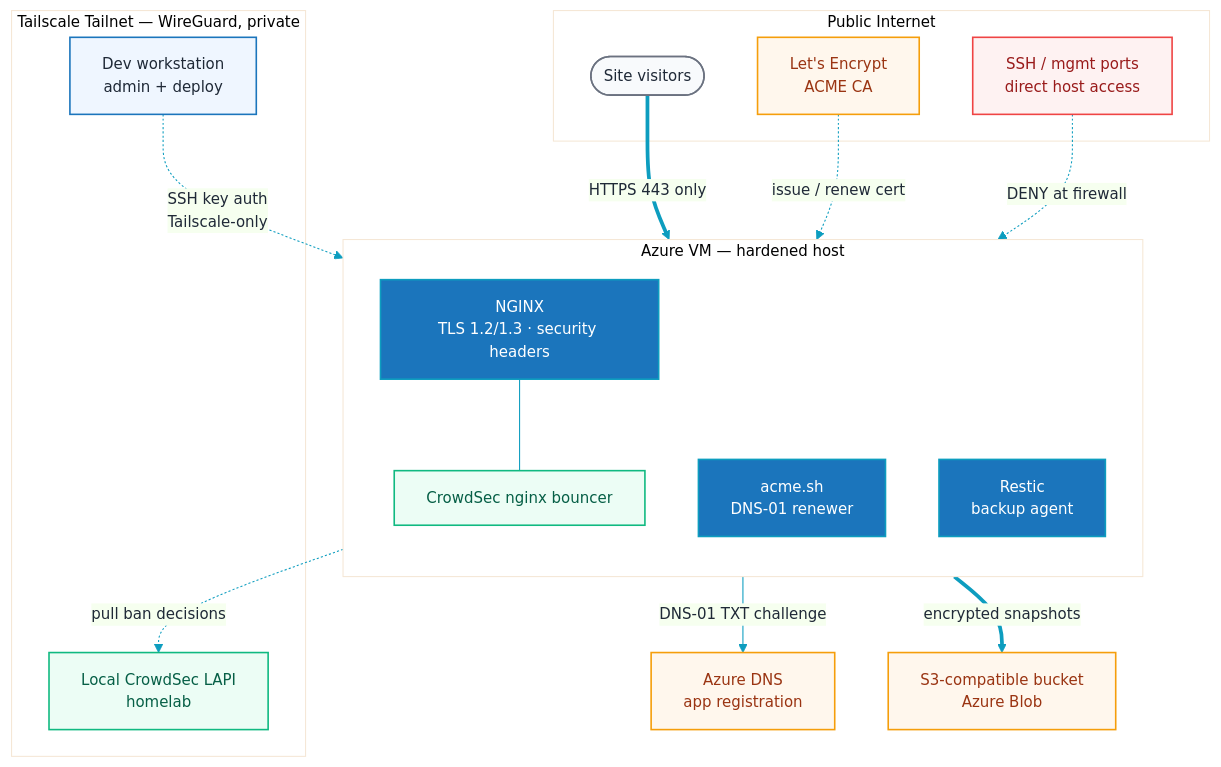
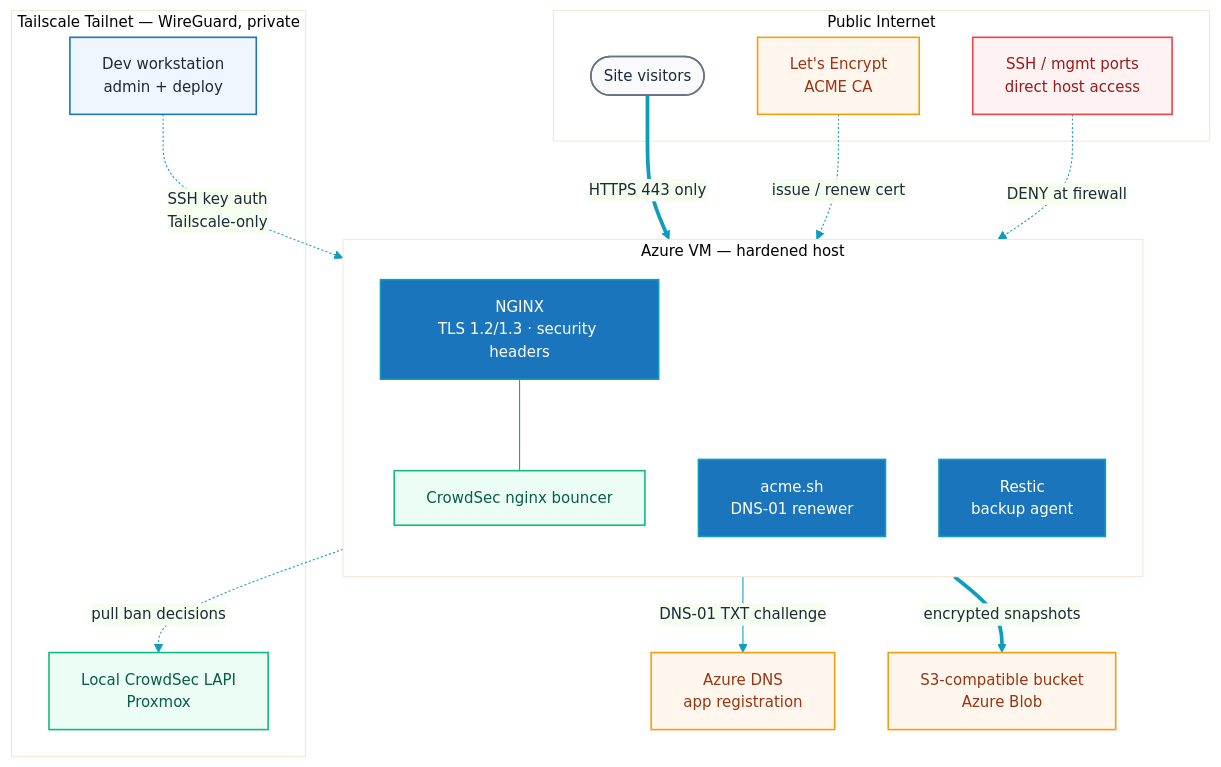
One commit to CK-Technology/resolvetech.biz changed the first of 4 diagrams in docs/security.md. Above: the diagram before and after it, drawn with Mermaid. The commit also changed other lines of this file and 1 other file, not shown here.

````diff
--- a/docs/security.md
+++ b/docs/security.md
@@ -9,41 +9,41 @@
 ```mermaid
 %%{init: {'theme':'base','themeVariables':{'fontFamily':'Inter, system-ui, sans-serif','primaryColor':'#EFF6FF','primaryBorderColor':'#1B75BC','primaryTextColor':'#1F2937','lineColor':'#0D9DBF','fontSize':'14px'}}}%%
 flowchart TB
     subgraph PUBLIC["Public Internet"]
         USER(["Site visitors"]):::public
         LE["Let's Encrypt<br/>ACME CA"]:::external
         OTHER["SSH / mgmt ports<br/>direct host access"]:::deny
     end
 
     subgraph TAILNET["Tailscale Tailnet — WireGuard, private"]
         ADMIN["Dev workstation<br/>admin + deploy"]:::dev
-        CROWD["Local CrowdSec LAPI<br/>homelab"]:::security
+        CROWD["Local CrowdSec LAPI<br/>Proxmox"]:::security
     end
 
     subgraph VM["Azure VM — hardened host"]
         direction TB
         NGX["NGINX<br/>TLS 1.2/1.3 · security headers"]:::host
         BNC["CrowdSec nginx bouncer"]:::security
         ACMECL["acme.sh<br/>DNS-01 renewer"]:::host
         RST["Restic<br/>backup agent"]:::host
         NGX --- BNC
     end
 
     AZDNS["Azure DNS<br/>app registration"]:::external
     BLOB["S3-compatible bucket<br/>Azure Blob"]:::external
 
     USER ==>|"HTTPS 443 only"| NGX
     ADMIN -.->|"SSH key auth<br/>Tailscale-only"| VM
     BNC -.->|"pull ban decisions"| CROWD
     ACMECL -->|"DNS-01 TXT challenge"| AZDNS
     LE -.->|"issue / renew cert"| ACMECL
     RST ==>|"encrypted snapshots"| BLOB
     OTHER -.->|"DENY at firewall"| VM
 
     classDef dev fill:#EFF6FF,stroke:#1B75BC,stroke-width:1.5px,color:#1F2937;
     classDef host fill:#1B75BC,stroke:#0D9DBF,stroke-width:1.5px,color:#FFFFFF;
     classDef security fill:#ECFDF5,stroke:#10B981,stroke-width:1.5px,color:#065F46;
     classDef public fill:#F8FAFC,stroke:#6B7280,stroke-width:1.5px,color:#1F2937;
     classDef external fill:#FFF7ED,stroke:#F59E0B,stroke-width:1.5px,color:#9A3412;
     classDef deny fill:#FEF2F2,stroke:#EF4444,stroke-width:1.5px,color:#991B1B;
 ```
````
